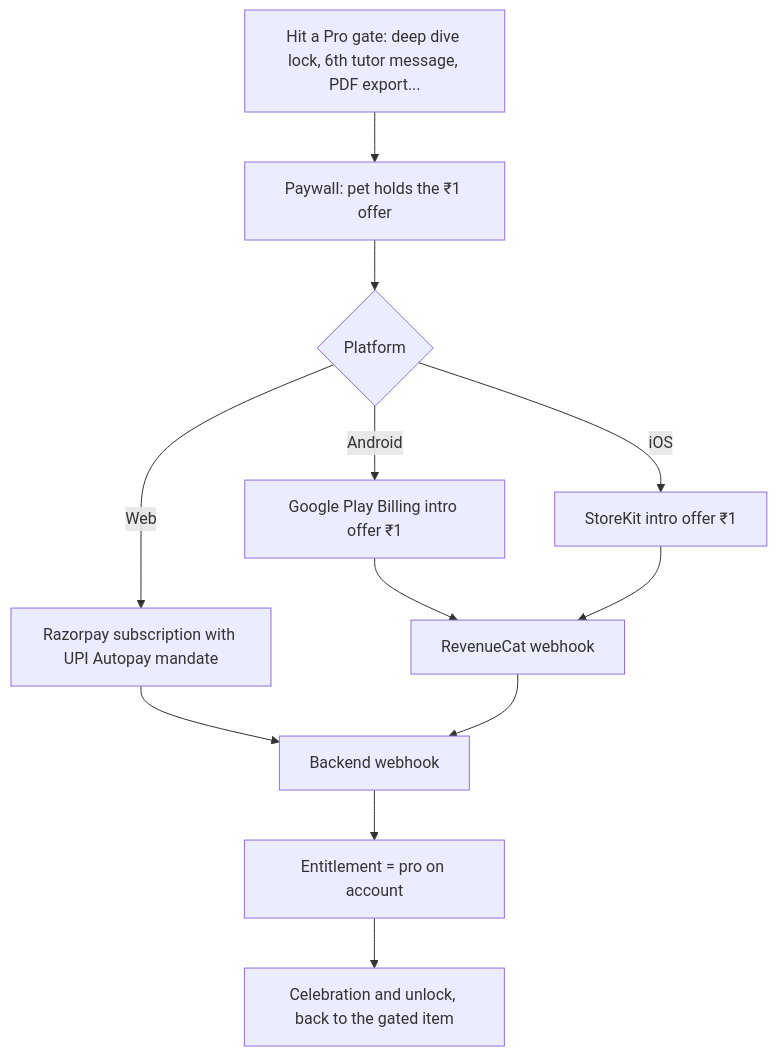
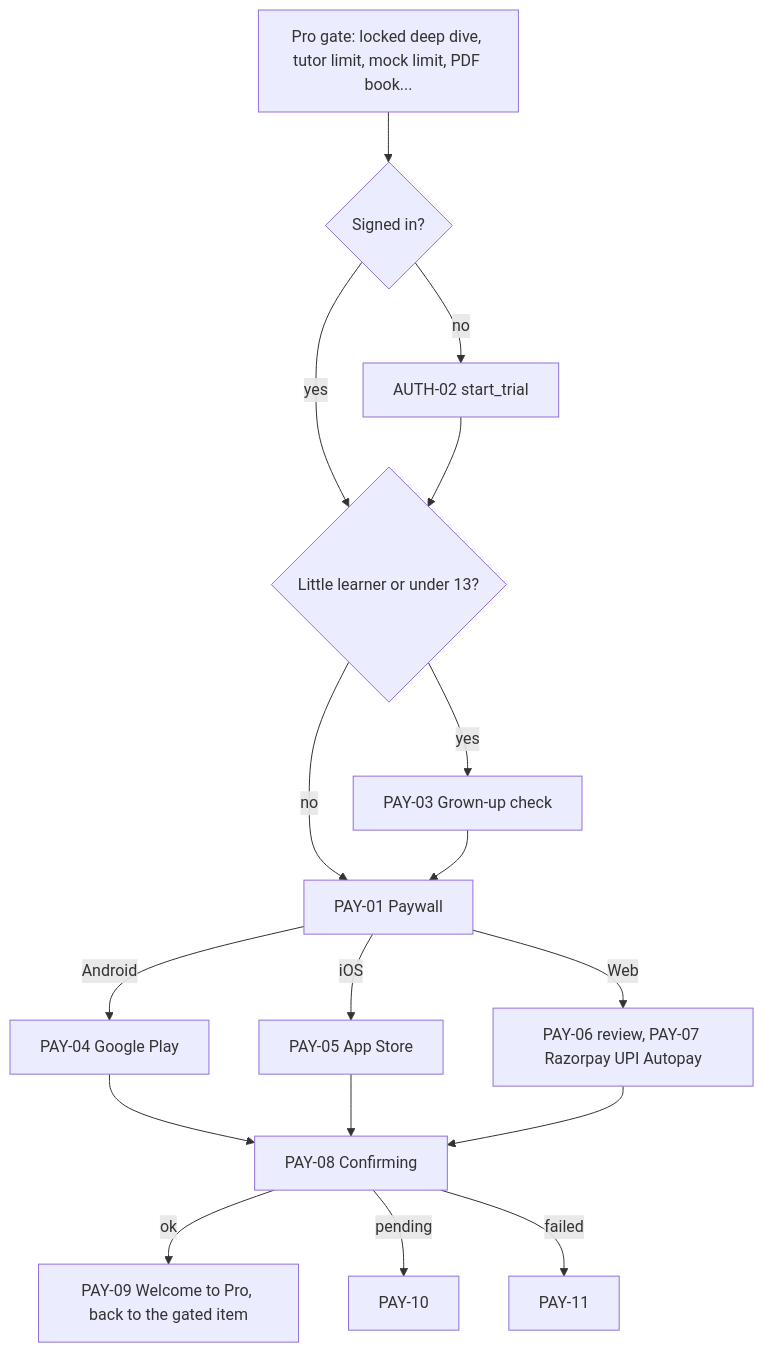
One commit to saksham1991999/smriti changed the eighth of 9 diagrams in docs/APP_FLOW.md. Above: the diagram before and after it, drawn with Mermaid. The commit also changed other lines of this file and 17 other files, not shown here.

````diff
--- a/docs/APP_FLOW.md
+++ b/docs/APP_FLOW.md
@@ -204,14 +255,19 @@
 ```mermaid
 flowchart TD
-  Gate[Hit a Pro gate: deep dive lock, 6th tutor message, PDF export...] --> Paywall
-  Paywall[Paywall: pet holds the ₹1 offer] --> Plat{Platform}
-  Plat -->|Android| Play[Google Play Billing intro offer ₹1]
-  Plat -->|iOS| SK[StoreKit intro offer ₹1]
-  Plat -->|Web| RZ[Razorpay subscription with UPI Autopay mandate]
-  Play --> RC[RevenueCat webhook]
-  SK --> RC
-  RZ --> BE[Backend webhook]
-  RC --> BE
-  BE --> Ent[Entitlement = pro on account]
-  Ent --> Unlock[Celebration and unlock, back to the gated item]
+  Gate[Pro gate: locked deep dive, tutor limit, mock limit, PDF book...] --> Guest{Signed in?}
+  Guest -->|no| A2[AUTH-02 start_trial]
+  Guest -->|yes| Age{Little learner or under 13?}
+  A2 --> Age
+  Age -->|yes| P3[PAY-03 Grown-up check]
+  Age -->|no| Pay[PAY-01 Paywall]
+  P3 --> Pay
+  Pay -->|Android| Play[PAY-04 Google Play]
+  Pay -->|iOS| AS[PAY-05 App Store]
+  Pay -->|Web| Web[PAY-06 review, PAY-07 Razorpay UPI Autopay]
+  Play --> Conf[PAY-08 Confirming]
+  AS --> Conf
+  Web --> Conf
+  Conf -->|ok| Wel[PAY-09 Welcome to Pro, back to the gated item]
+  Conf -->|pending| Pend[PAY-10]
+  Conf -->|failed| Fail[PAY-11]
 ```
````
